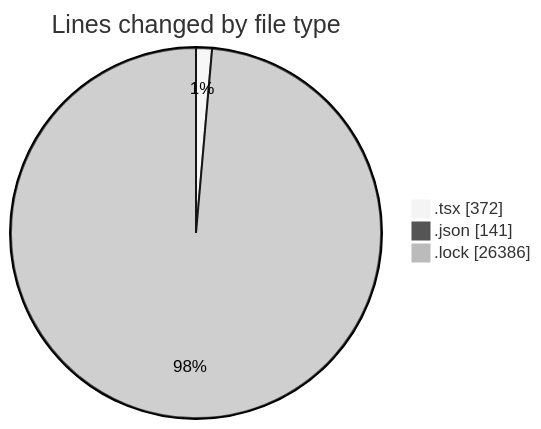
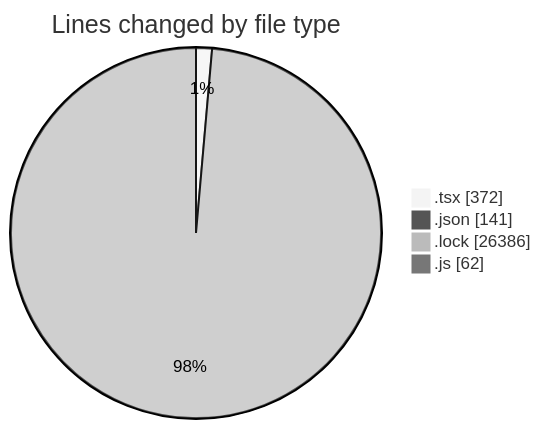
The first of 2 diagrams in 2025-03-10/cda/README.md (momahboobian/code-tracking), drawn with Mermaid (neutral theme) before and after one commit. The commit also changed other lines of this file and 1 other file, not shown here.

````diff
--- a/2025-03-10/cda/README.md
+++ b/2025-03-10/cda/README.md
@@ -25,7 +26,8 @@
 ```mermaid
 pie showData
 title Lines changed by file type
 ".tsx" : 372
 ".json" : 141
 ".lock" : 26386
+".js" : 62
 ```
````
